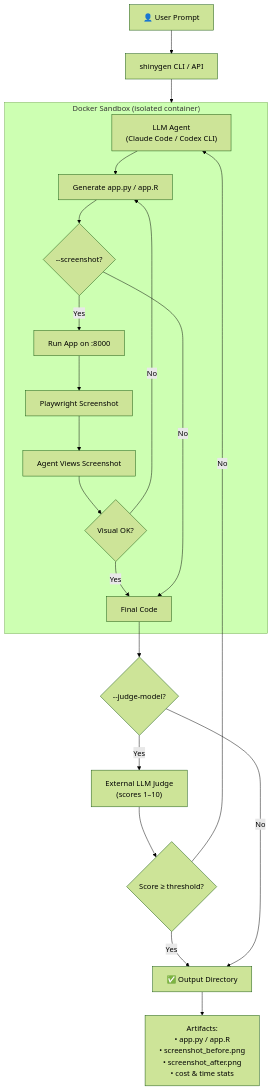
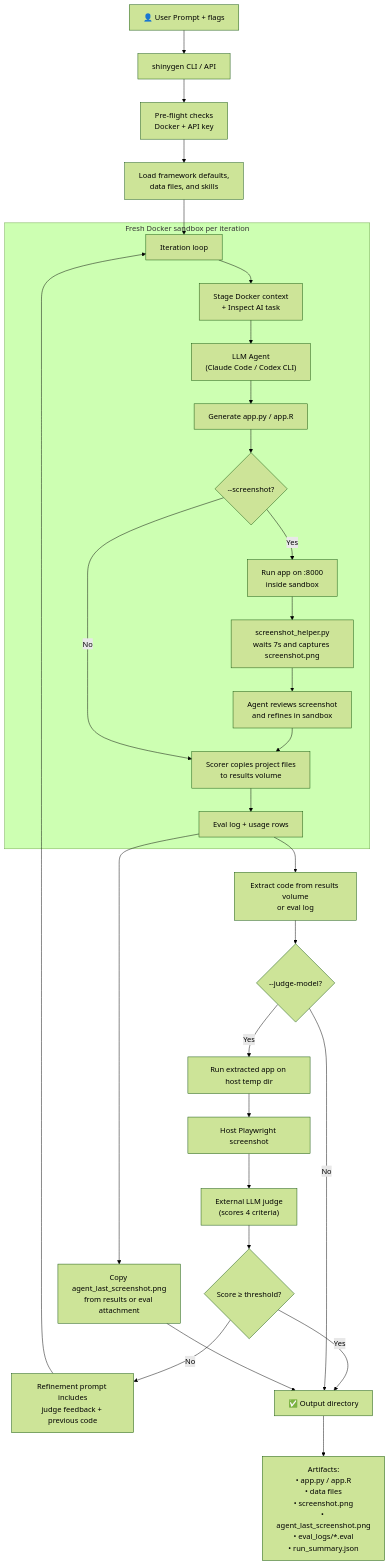
Before and after one commit to karangattu/shinygen: the diagram in README.md, drawn with Mermaid (forest theme). The commit also changed other lines of this file and 8 other files, not shown here.

First line of the commit message:
Update docs and screenshot/judge workflow

````diff
--- a/README.md
+++ b/README.md
@@ -7,27 +7,39 @@
 ```mermaid
 flowchart TD
-    A["👤 User Prompt"] --> B["shinygen CLI / API"]
-    B --> C["Docker Sandbox"]
+    A["👤 User Prompt + flags"] --> B["shinygen CLI / API"]
+    B --> C["Pre-flight checks\nDocker + API key"]
+    C --> D["Load framework defaults,\ndata files, and skills"]
+    D --> E["Iteration loop"]
 
-    subgraph C["Docker Sandbox (isolated container)"]
-        D["LLM Agent\n(Claude Code / Codex CLI)"]
-        D --> E["Generate app.py / app.R"]
-        E --> F{"--screenshot?"}
-        F -- Yes --> G["Run App on :8000"]
-        G --> H["Playwright Screenshot"]
-        H --> I["Agent Views Screenshot"]
-        I --> J{"Visual OK?"}
-        J -- No --> E
-        J -- Yes --> K["Final Code"]
-        F -- No --> K
+    subgraph F["Fresh Docker sandbox per iteration"]
+        G["Stage Docker context\n+ Inspect AI task"]
+        H["LLM Agent\n(Claude Code / Codex CLI)"]
+        I["Generate app.py / app.R"]
+        J{"--screenshot?"}
+        K["Run app on :8000\ninside sandbox"]
+        L["screenshot_helper.py\nwaits 7s and captures screenshot.png"]
+        M["Agent reviews screenshot\nand refines in sandbox"]
+        N["Scorer copies project files\nto results volume"]
+        O["Eval log + usage rows"]
+
+        E --> G --> H --> I --> J
+        J -- Yes --> K --> L --> M --> N
+        J -- No --> N
+        N --> O
     end
 
-    K --> L{"--judge-model?"}
-    L -- Yes --> M["External LLM Judge\n(scores 1–10)"]
-    M --> N{"Score ≥ threshold?"}
-    N -- No --> D
-    N -- Yes --> O["✅ Output Directory"]
-    L -- No --> O
+    O --> P["Extract code from results volume\nor eval log"]
+    O --> Q["Copy agent_last_screenshot.png\nfrom results or eval attachment"]
+    P --> R{"--judge-model?"}
+    R -- Yes --> S["Run extracted app on host temp dir"]
+    S --> T["Host Playwright screenshot"]
+    T --> U["External LLM judge\n(scores 4 criteria)"]
+    U --> V{"Score ≥ threshold?"}
+    V -- No --> W["Refinement prompt includes\njudge feedback + previous code"]
+    W --> E
+    V -- Yes --> X["✅ Output directory"]
+    R -- No --> X
 
-    O --> P["Artifacts:\n• app.py / app.R\n• screenshot_before.png\n• screenshot_after.png\n• cost & time stats"]
+    Q --> X
+    X --> Y["Artifacts:\n• app.py / app.R\n• data files\n• screenshot.png\n• agent_last_screenshot.png\n• eval_logs/*.eval\n• run_summary.json"]
 ```
````
